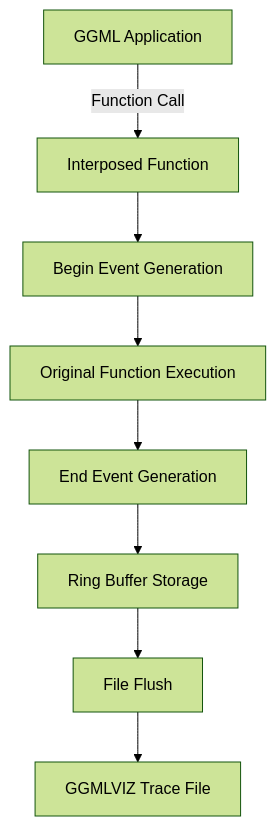
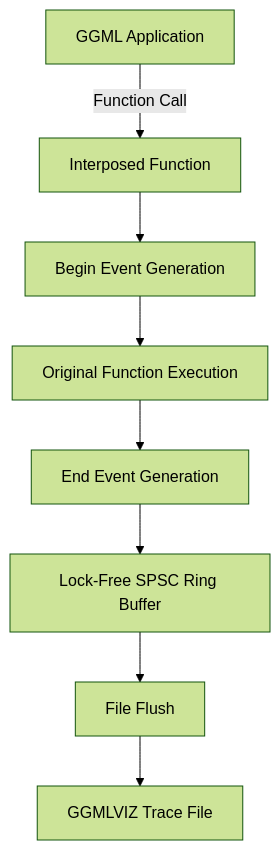
Before and after one commit to brodheadw/ggml-viz: the diagram in docs/ggmlviz.md, drawn with Mermaid (forest theme). The commit also changed other lines of this file and 3 other files, not shown here.

Commit message:
Deleted ring buffer analysis

````diff
--- a/docs/ggmlviz.md
+++ b/docs/ggmlviz.md
@@ -369,10 +389,10 @@
 ```mermaid
 graph TD
     A[GGML Application] -->|Function Call| B[Interposed Function]
     B --> C[Begin Event Generation]
     C --> D[Original Function Execution]
     D --> E[End Event Generation]
-    E --> F[Ring Buffer Storage]
+    E --> F[Lock-Free SPSC Ring Buffer]
     F --> G[File Flush]
     G --> H[GGMLVIZ Trace File]
 ```
````
